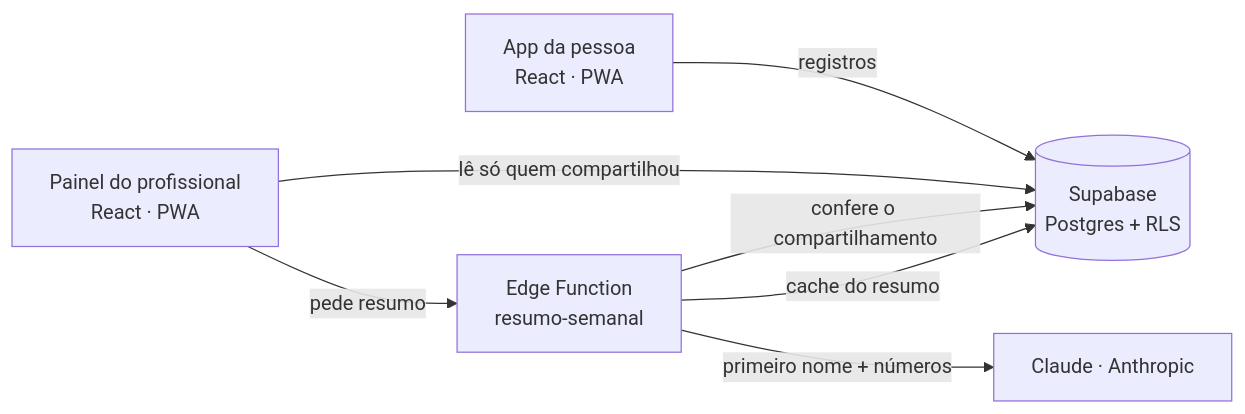
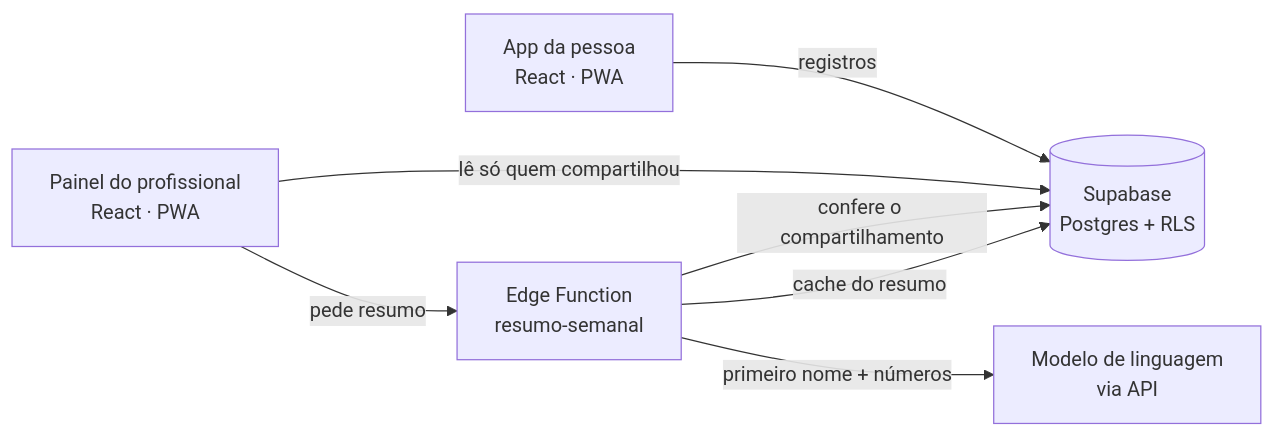
The diagram in README.md (coubit-corp/skyro), drawn with Mermaid before and after one commit. The commit also changed other lines of this file, not shown here.

````diff
--- a/README.md
+++ b/README.md
@@ -85,9 +93,9 @@
 ```mermaid
 flowchart LR
   P[App da pessoa<br/>React · PWA] -- registros --> DB[(Supabase<br/>Postgres + RLS)]
   PRO[Painel do profissional<br/>React · PWA] -- lê só quem compartilhou --> DB
   PRO -- pede resumo --> FN[Edge Function<br/>resumo-semanal]
   FN -- confere o compartilhamento --> DB
-  FN -- primeiro nome + números --> AI[Claude · Anthropic]
+  FN -- primeiro nome + números --> AI[Modelo de linguagem<br/>via API]
   FN -- cache do resumo --> DB
 ```
````
